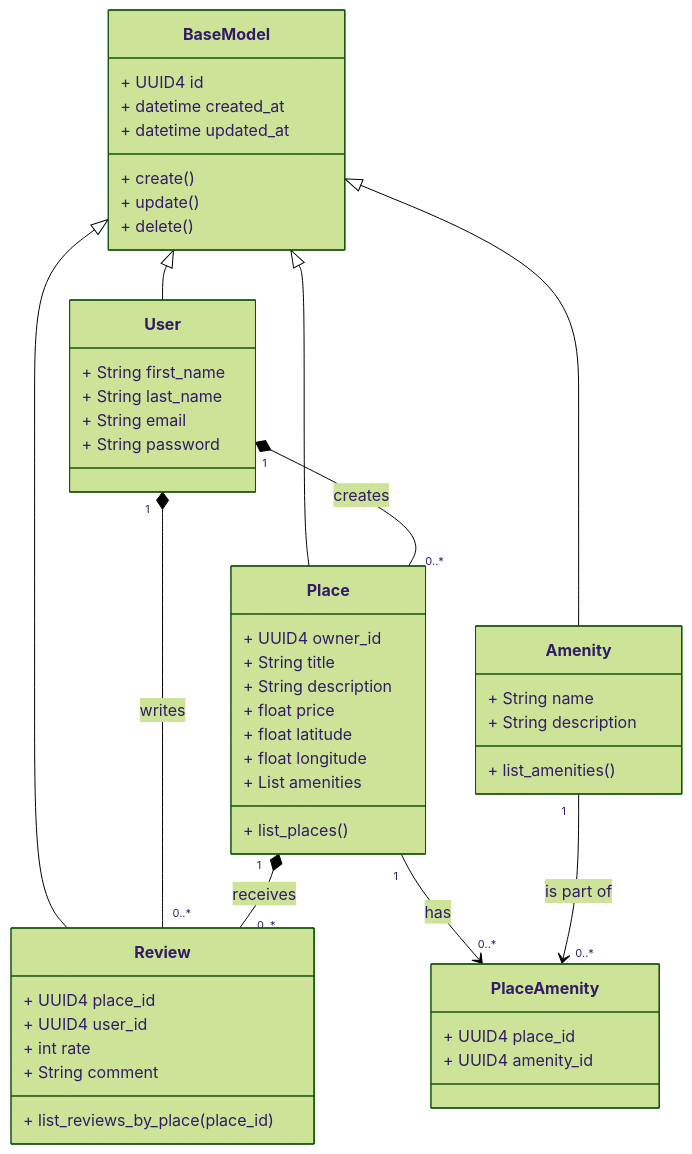
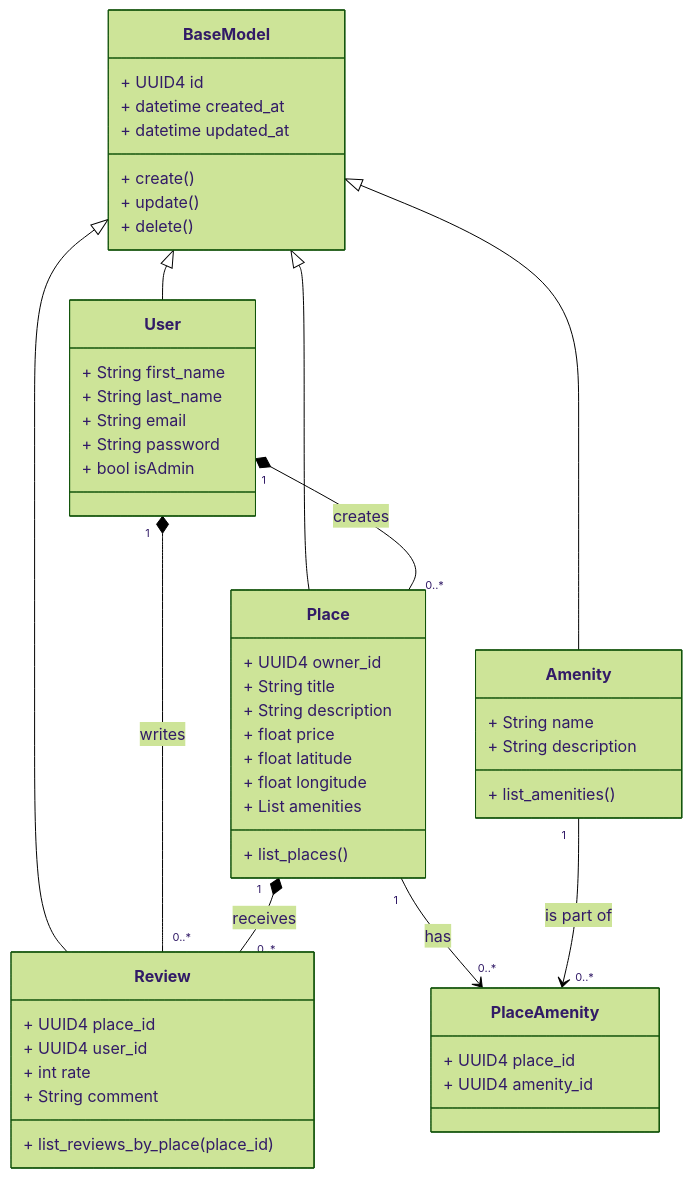
The diagram in part1/task1/HBnBClassDiagram.mermaid (rmarcais/holbertonschool-hbnb), drawn with Mermaid (forest theme) before and after one commit.

Commit message:
Add isAdmin attribute

```diff
--- a/part1/task1/HBnBClassDiagram.mermaid
+++ b/part1/task1/HBnBClassDiagram.mermaid
@@ -1,45 +1,46 @@
 classDiagram
 
     BaseModel: + UUID4 id
     BaseModel: + datetime created_at
     BaseModel: + datetime updated_at
     BaseModel: + create()
     BaseModel: + update()
     BaseModel: + delete()
 
     Place: + UUID4 owner_id
     Place: + String title
     Place: + String description
     Place: + float price
     Place: + float latitude
     Place: + float longitude
     Place: + List amenities
     Place: + list_places()
 
     User: + String first_name
     User: + String last_name
     User: + String email
     User: + String password
+    User: + bool isAdmin
 
     Review: + UUID4 place_id
     Review: + UUID4 user_id
     Review: + int rate
     Review: + String comment
     Review: + list_reviews_by_place(place_id)
 
     Amenity: + String name
     Amenity: + String description
     Amenity: + list_amenities()
 
     PlaceAmenity: + UUID4 place_id
     PlaceAmenity: + UUID4 amenity_id
 
     BaseModel <|-- User
     BaseModel <|-- Place
     BaseModel <|-- Amenity
     BaseModel <|-- Review
     User "1" *-- "0..*" Place : creates
     User "1" *-- "0..*" Review : writes
     Place "1" *-- "0..*" Review : receives
     Place "1" --> "0..*" PlaceAmenity : has
     Amenity "1" --> "0..*" PlaceAmenity : is part of
```
